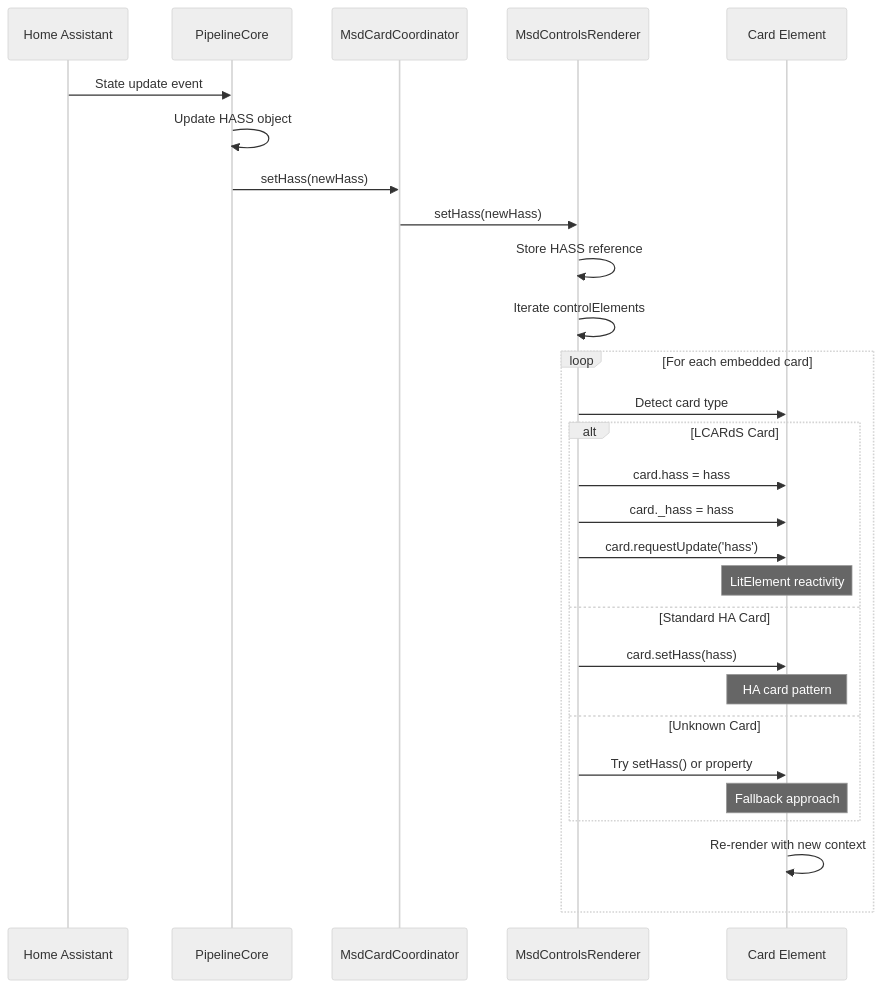
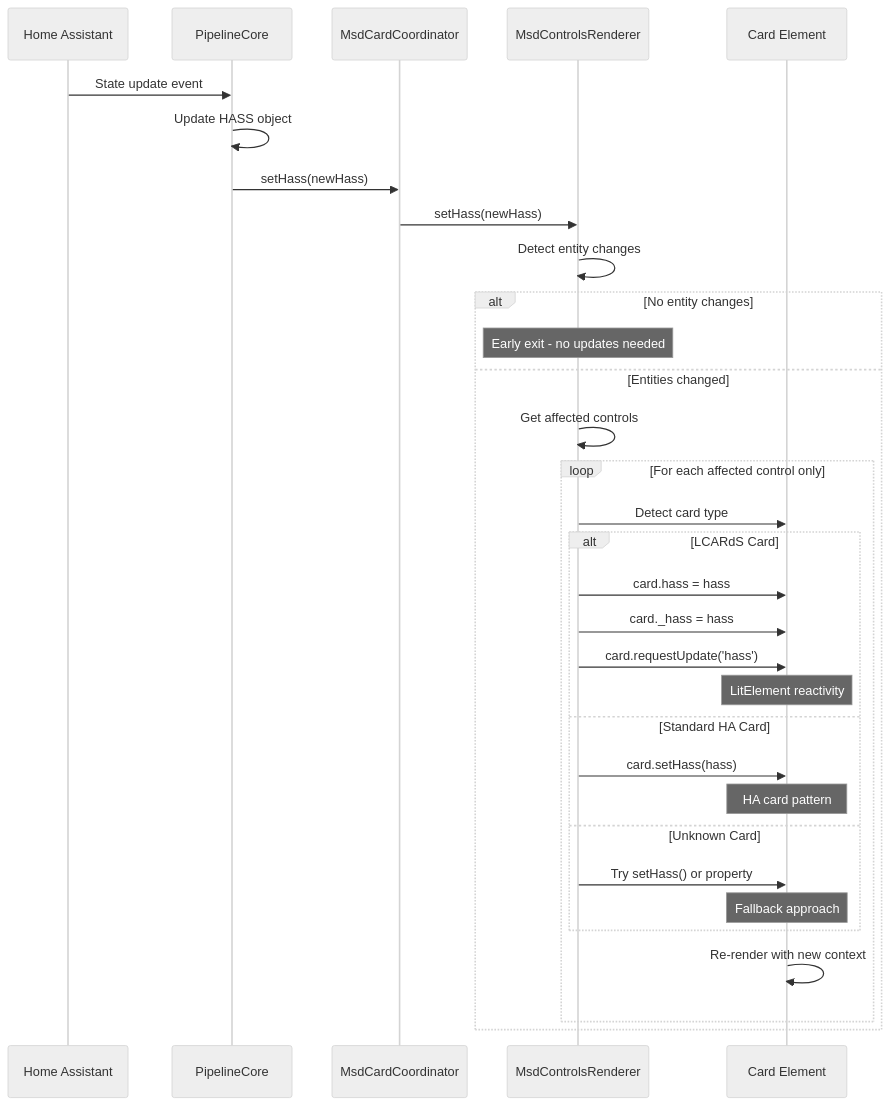
The fourth of 10 diagrams in doc/architecture/subsystems/control-overlay-system.md (snootched/lcards), drawn with Mermaid (neutral theme) before and after one commit. The commit also changed other lines of this file and 1 other file, not shown here.

First line of the commit message:
Update documentation for entity-based HASS optimization

````diff
--- a/doc/architecture/subsystems/control-overlay-system.md
+++ b/doc/architecture/subsystems/control-overlay-system.md
@@ -217,35 +234,40 @@
 ```mermaid
 sequenceDiagram
     participant HA as Home Assistant
     participant Pipeline as PipelineCore
     participant Systems as MsdCardCoordinator
     participant Controls as MsdControlsRenderer
     participant Card as Card Element
 
     HA->>Pipeline: State update event
     Pipeline->>Pipeline: Update HASS object
     Pipeline->>Systems: setHass(newHass)
     Systems->>Controls: setHass(newHass)
 
-    Controls->>Controls: Store HASS reference
-    Controls->>Controls: Iterate controlElements
-
-    loop For each embedded card
-        Controls->>Card: Detect card type
-
-        alt LCARdS Card
-            Controls->>Card: card.hass = hass
-            Controls->>Card: card._hass = hass
-            Controls->>Card: card.requestUpdate('hass')
-            Note over Card: LitElement reactivity
-        else Standard HA Card
-            Controls->>Card: card.setHass(hass)
-            Note over Card: HA card pattern
-        else Unknown Card
-            Controls->>Card: Try setHass() or property
-            Note over Card: Fallback approach
+    Controls->>Controls: Detect entity changes
+    
+    alt No entity changes
+        Note over Controls: Early exit - no updates needed
+    else Entities changed
+        Controls->>Controls: Get affected controls
+        
+        loop For each affected control only
+            Controls->>Card: Detect card type
+            
+            alt LCARdS Card
+                Controls->>Card: card.hass = hass
+                Controls->>Card: card._hass = hass
+                Controls->>Card: card.requestUpdate('hass')
+                Note over Card: LitElement reactivity
+            else Standard HA Card
+                Controls->>Card: card.setHass(hass)
+                Note over Card: HA card pattern
+            else Unknown Card
+                Controls->>Card: Try setHass() or property
+                Note over Card: Fallback approach
+            end
+            
+            Card->>Card: Re-render with new context
         end
-
-        Card->>Card: Re-render with new context
     end
 ```
````
